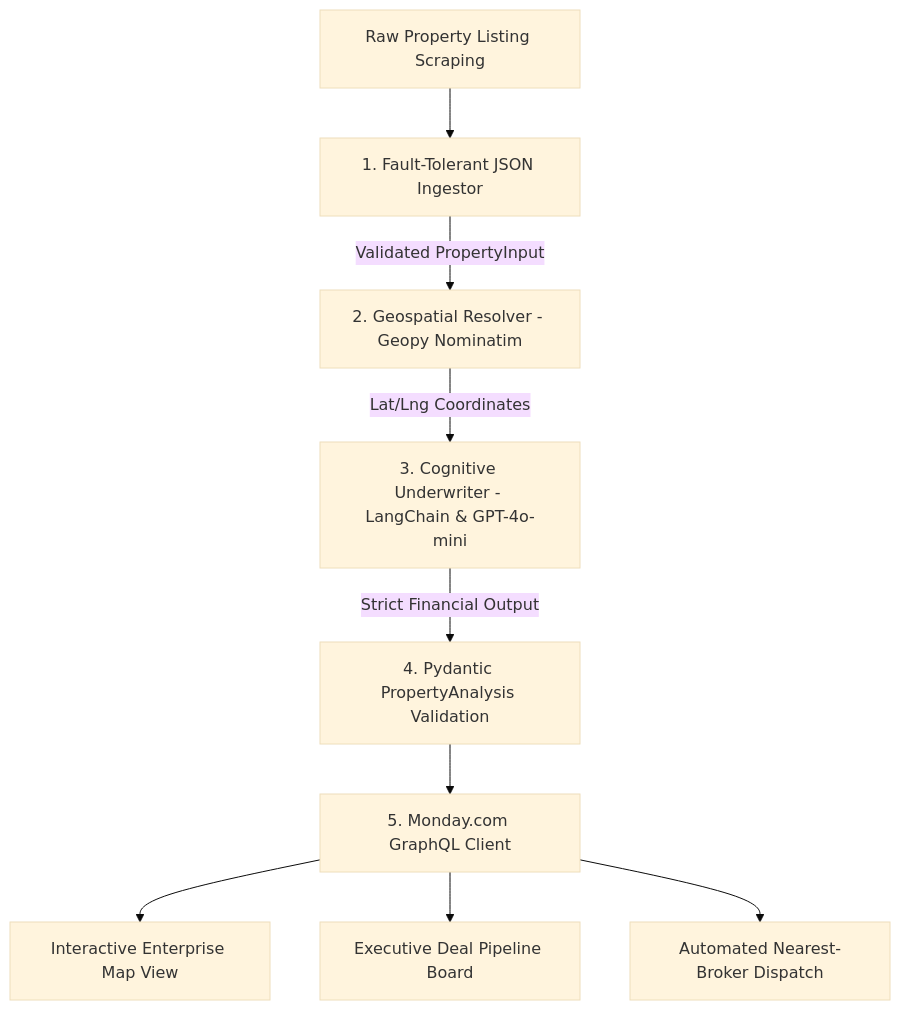
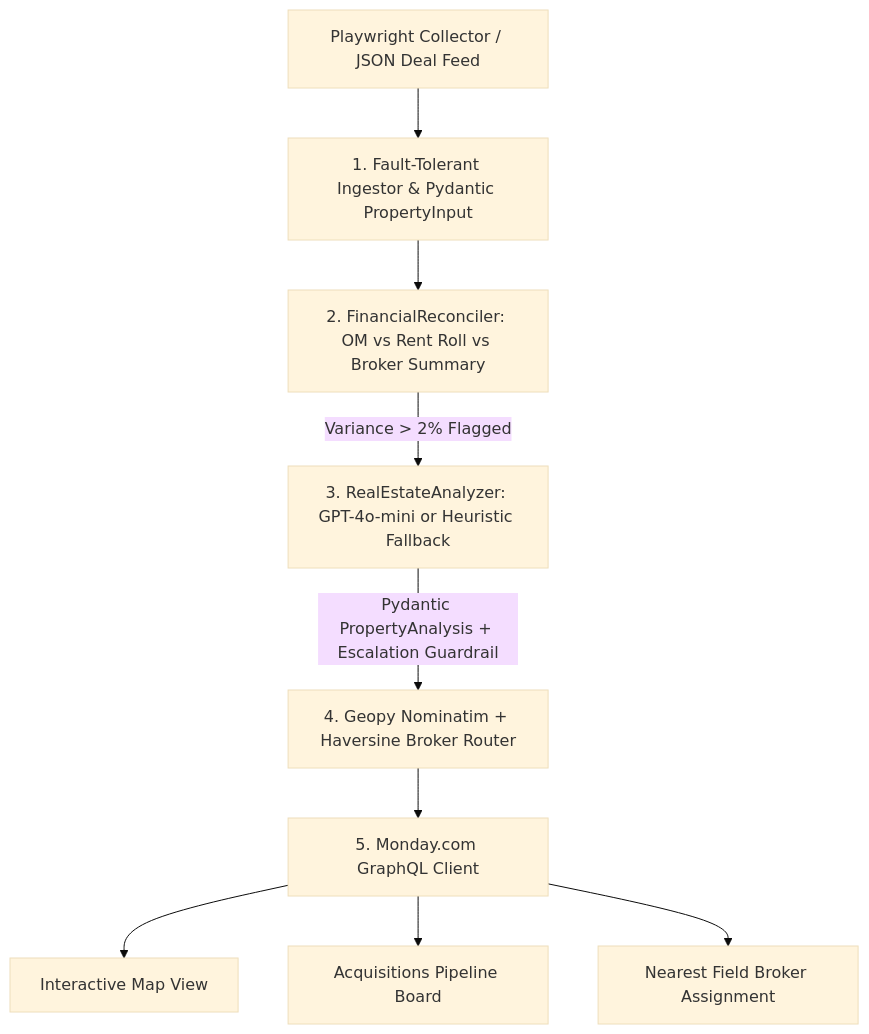
Before and after one commit to jraphaelcunha/ai-real-estate-pipeline: the diagram in README.md, drawn with Mermaid (base theme). The commit also changed other lines of this file and 33 other files, not shown here.

Commit message:
feat(underwriting): add cross-document reconciler, isolated LLM contract, eval harness, and architecture docs

````diff
--- a/README.md
+++ b/README.md
@@ -28,11 +38,11 @@
 ```mermaid
 flowchart TD
-    A[Raw Property Listing Scraping] --> B[1. Fault-Tolerant JSON Ingestor]
-    B -->|Validated PropertyInput| C[2. Geospatial Resolver - Geopy Nominatim]
-    C -->|Lat/Lng Coordinates| D[3. Cognitive Underwriter - LangChain & GPT-4o-mini]
-    D -->|Strict Financial Output| E[4. Pydantic PropertyAnalysis Validation]
+    A[Playwright Collector / JSON Deal Feed] --> B[1. Fault-Tolerant Ingestor & Pydantic PropertyInput]
+    B --> C[2. FinancialReconciler: OM vs Rent Roll vs Broker Summary]
+    C -->|Variance > 2% Flagged| D[3. RealEstateAnalyzer: GPT-4o-mini or Heuristic Fallback]
+    D -->|Pydantic PropertyAnalysis + Escalation Guardrail| E[4. Geopy Nominatim + Haversine Broker Router]
     E --> F[5. Monday.com GraphQL Client]
-    F --> G[Interactive Enterprise Map View]
-    F --> H[Executive Deal Pipeline Board]
-    F --> I[Automated Nearest-Broker Dispatch]
+    F --> G[Interactive Map View]
+    F --> H[Acquisitions Pipeline Board]
+    F --> I[Nearest Field Broker Assignment]
 ```
````
